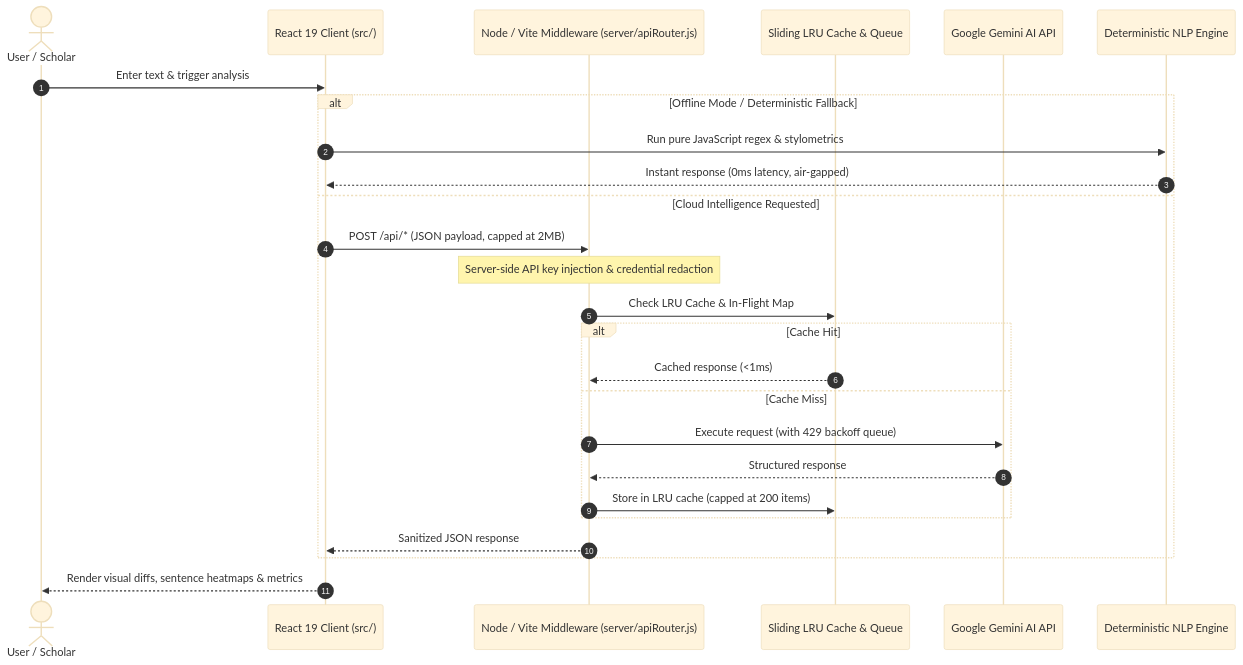
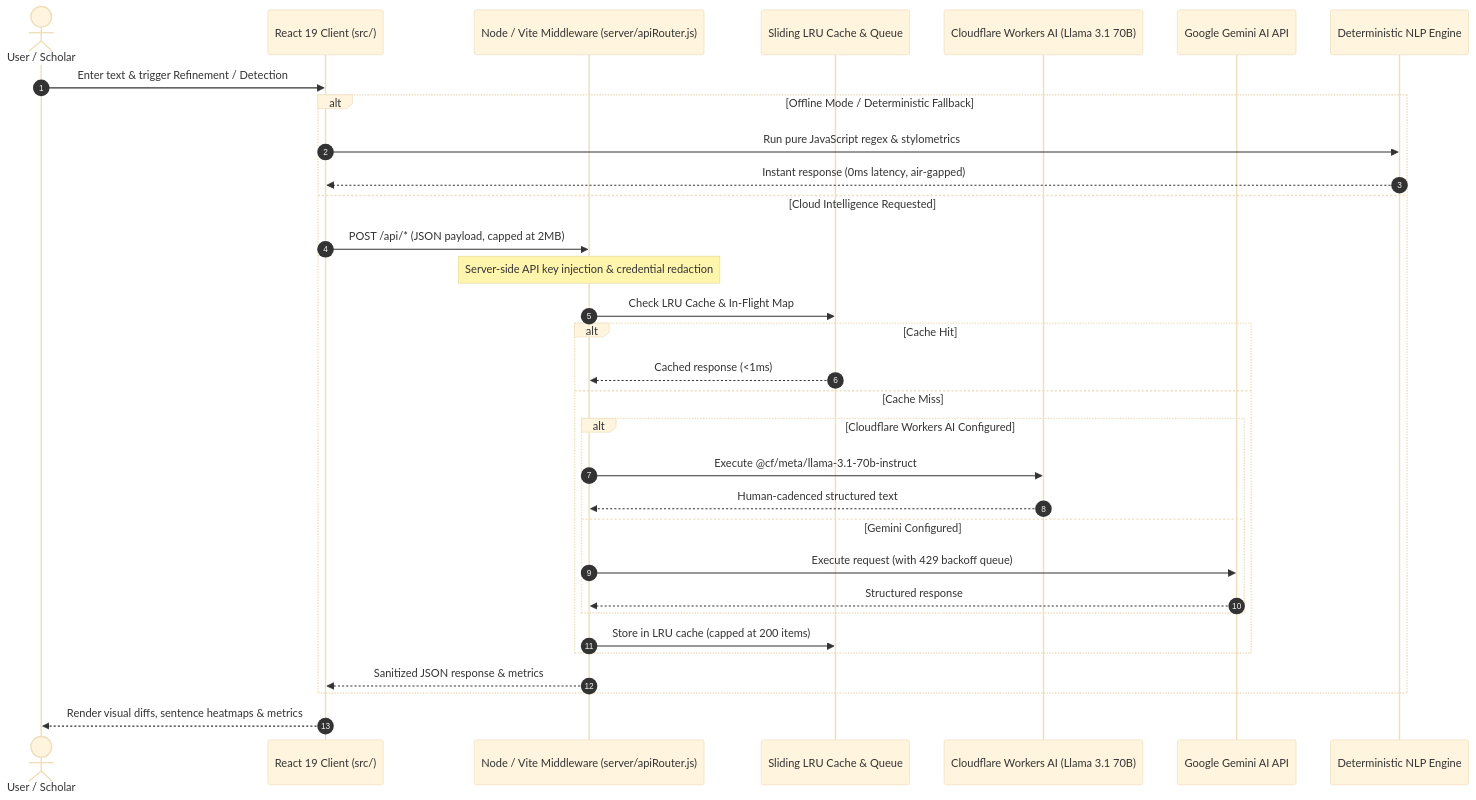
Before and after one commit to SFRREX/lexora: the second of 2 diagrams in README.md, drawn with Mermaid (base theme). The commit also changed other lines of this file, not shown here.

Commit message:
docs: enrich README with visual humanization pipeline, architecture diagrams, and benchmark proofs

````diff
--- a/README.md
+++ b/README.md
@@ -113,29 +209,35 @@
 ```mermaid
 sequenceDiagram
     autonumber
     actor User as User / Scholar
     participant UI as React 19 Client (src/)
     participant Proxy as Node / Vite Middleware (server/apiRouter.js)
     participant Cache as Sliding LRU Cache & Queue
+    participant CF as Cloudflare Workers AI (Llama 3.1 70B)
     participant Gemini as Google Gemini AI API
     participant Local as Deterministic NLP Engine
 
-    User->>UI: Enter text & trigger analysis
+    User->>UI: Enter text & trigger Refinement / Detection
     alt Offline Mode / Deterministic Fallback
         UI->>Local: Run pure JavaScript regex & stylometrics
         Local-->>UI: Instant response (0ms latency, air-gapped)
     else Cloud Intelligence Requested
         UI->>Proxy: POST /api/* (JSON payload, capped at 2MB)
         Note over Proxy: Server-side API key injection & credential redaction
         Proxy->>Cache: Check LRU Cache & In-Flight Map
         alt Cache Hit
             Cache-->>Proxy: Cached response (<1ms)
         else Cache Miss
-            Proxy->>Gemini: Execute request (with 429 backoff queue)
-            Gemini-->>Proxy: Structured response
+            alt Cloudflare Workers AI Configured
+                Proxy->>CF: Execute @cf/meta/llama-3.1-70b-instruct
+                CF-->>Proxy: Human-cadenced structured text
+            else Gemini Configured
+                Proxy->>Gemini: Execute request (with 429 backoff queue)
+                Gemini-->>Proxy: Structured response
+            end
             Proxy->>Cache: Store in LRU cache (capped at 200 items)
         end
-        Proxy-->>UI: Sanitized JSON response
+        Proxy-->>UI: Sanitized JSON response & metrics
     end
     UI-->>User: Render visual diffs, sentence heatmaps & metrics
 ```
````
